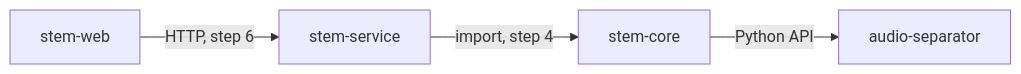
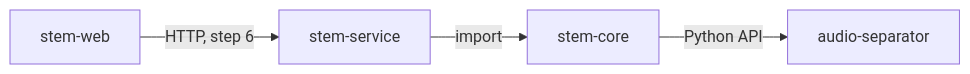
Before and after one commit to martinmayer-tech/music-stems: the diagram in docs/dependency-graph.md, drawn with Mermaid. The commit also changed other lines of this file and 11 other files, not shown here.

````diff
--- a/docs/dependency-graph.md
+++ b/docs/dependency-graph.md
@@ -9,6 +9,6 @@
 ```mermaid
 flowchart LR
     web[stem-web] -->|HTTP, step 6| service[stem-service]
-    service -->|import, step 4| core[stem-core]
+    service -->|import| core[stem-core]
     core -->|Python API| sep[audio-separator]
 ```
````
